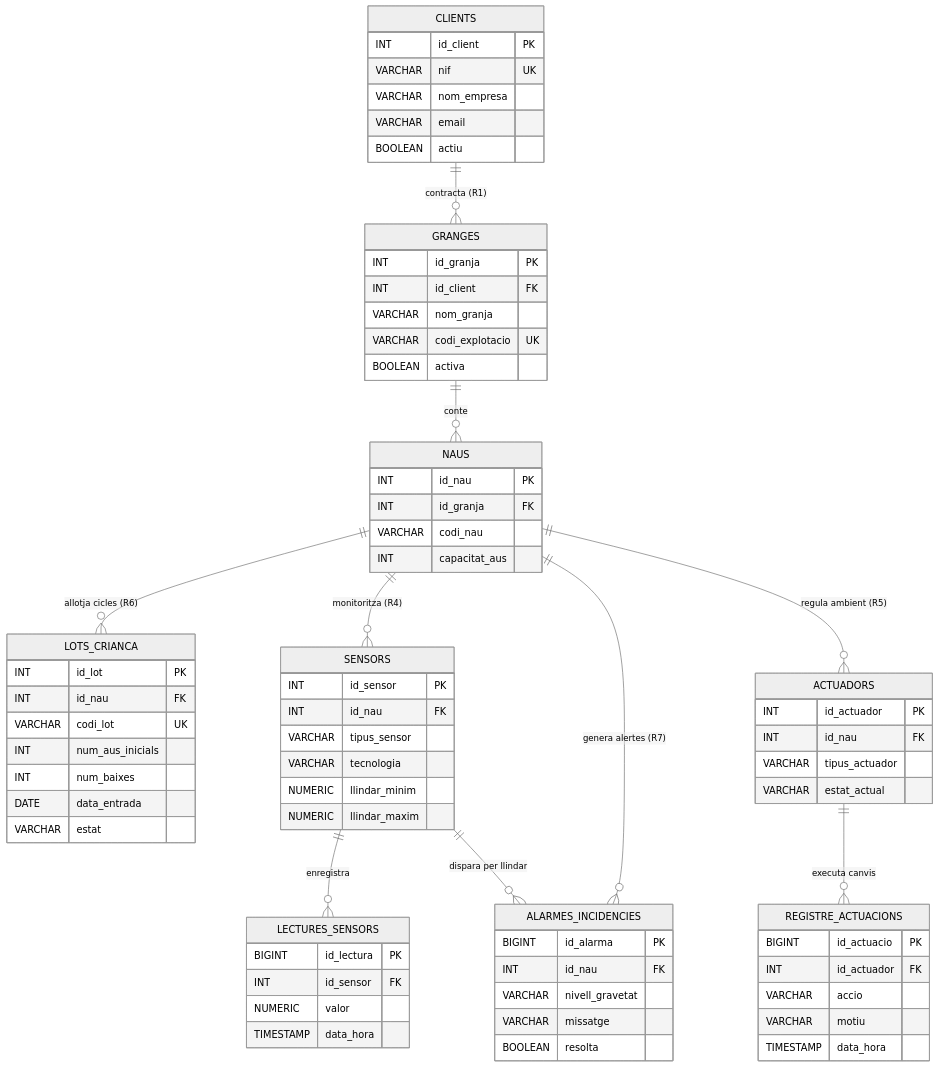
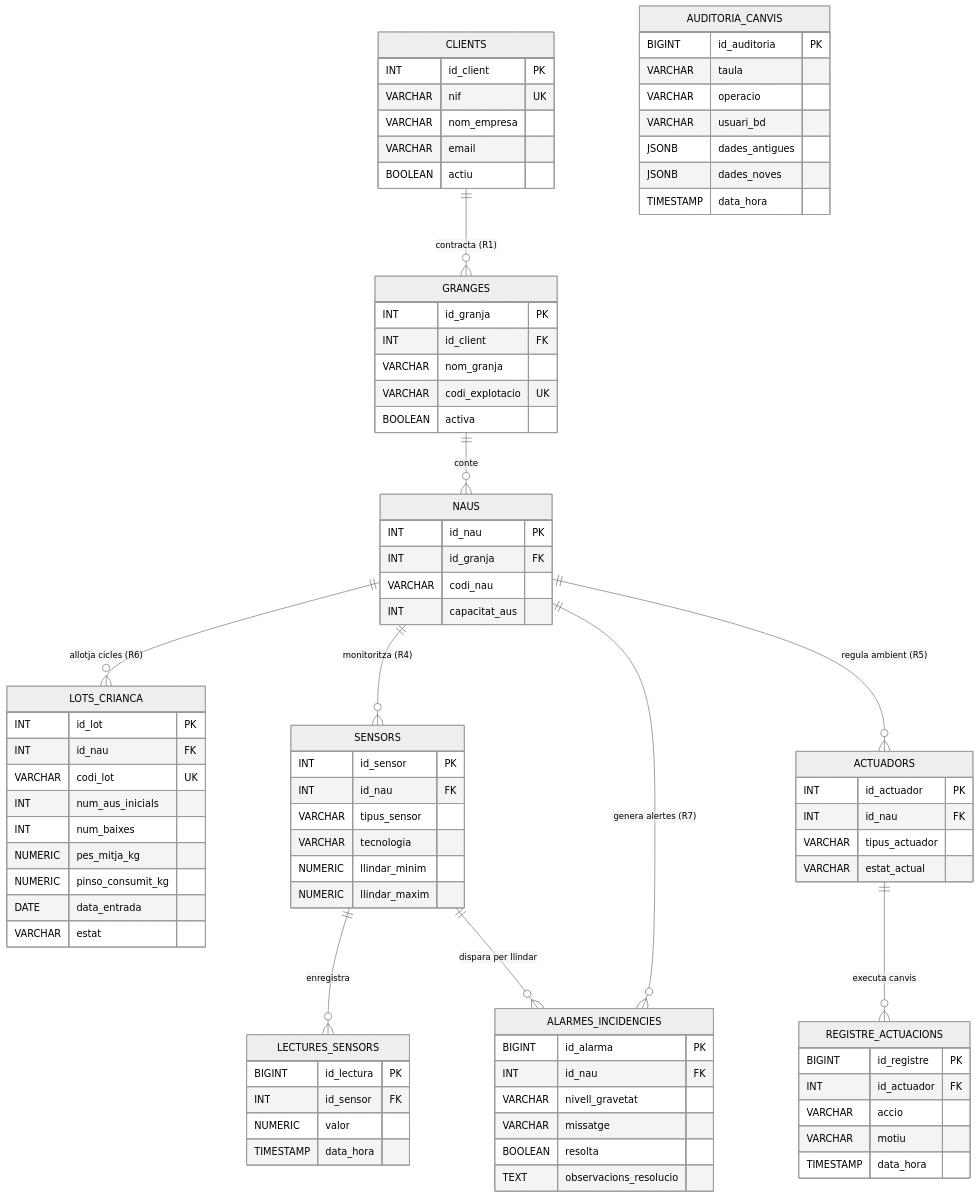
The second of 2 diagrams in docs/E2_disseny_tecnic/E2_document_disseny_tecnic.md (JoanGarcia25/avigest-projecte), drawn with Mermaid (neutral theme) before and after one commit. The commit also changed other lines of this file and 28 other files, not shown here.

````diff
--- a/docs/E2_disseny_tecnic/E2_document_disseny_tecnic.md
+++ b/docs/E2_disseny_tecnic/E2_document_disseny_tecnic.md
@@ -186,6 +186,8 @@
         VARCHAR codi_lot UK
         INT num_aus_inicials
         INT num_baixes
+        NUMERIC pes_mitja_kg
+        NUMERIC pinso_consumit_kg
         DATE data_entrada
         VARCHAR estat
     }
@@ -210,7 +212,7 @@
         TIMESTAMP data_hora
     }
     REGISTRE_ACTUACIONS {
-        BIGINT id_actuacio PK
+        BIGINT id_registre PK
         INT id_actuador FK
         VARCHAR accio
         VARCHAR motiu
@@ -222,5 +224,15 @@
         VARCHAR nivell_gravetat
         VARCHAR missatge
         BOOLEAN resolta
+        TEXT observacions_resolucio
+    }
+    AUDITORIA_CANVIS {
+        BIGINT id_auditoria PK
+        VARCHAR taula
+        VARCHAR operacio
+        VARCHAR usuari_bd
+        JSONB dades_antigues
+        JSONB dades_noves
+        TIMESTAMP data_hora
     }
 ```
````
